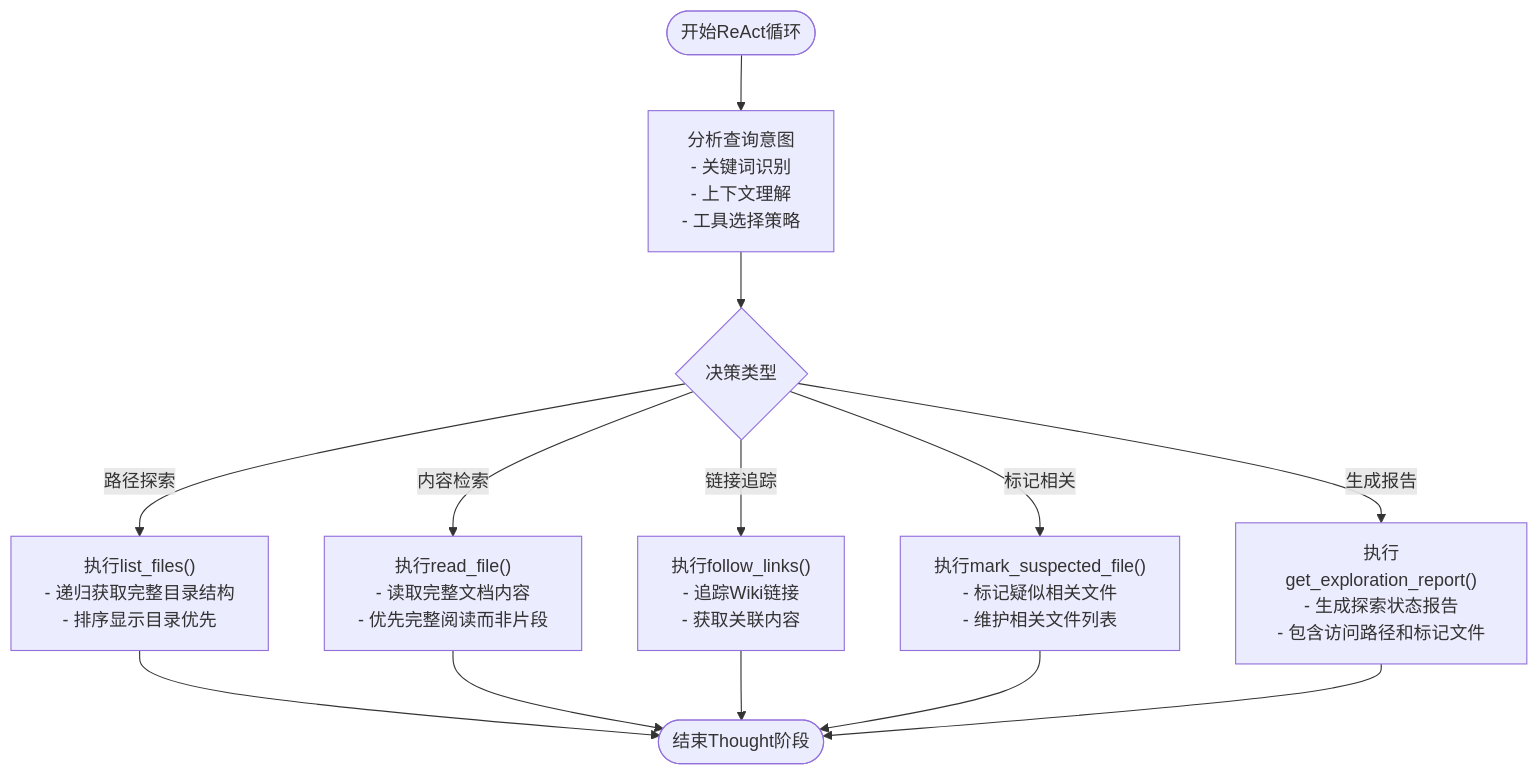
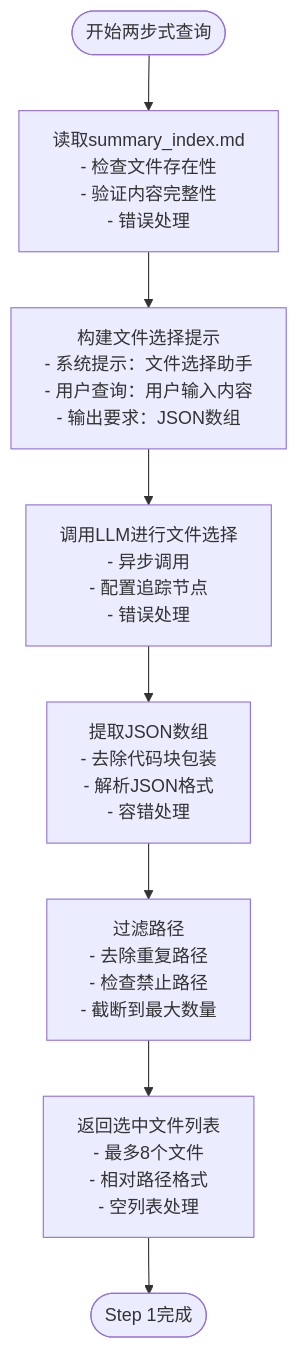
Before and after one commit to WangYiKai1017/zizuan: the third of 8 diagrams in .qoder/repowiki/zh/content/知识库系统/知识库查询机制.md, drawn with Mermaid. The commit also changed other lines of this file and 7 other files, not shown here.

````diff
--- a/.qoder/repowiki/zh/content/知识库系统/知识库查询机制.md
+++ b/.qoder/repowiki/zh/content/知识库系统/知识库查询机制.md
@@ -162,15 +173,10 @@
 ```mermaid
 flowchart TD
-Start([开始ReAct循环]) --> Analyze["分析查询意图<br/>- 关键词识别<br/>- 上下文理解<br/>- 工具选择策略"]
-Analyze --> Decision{"决策类型"}
-Decision --> |路径探索| PathExplore["执行list_files()<br/>- 递归获取完整目录结构<br/>- 排序显示目录优先"]
-Decision --> |内容检索| ContentRead["执行read_file()<br/>- 读取完整文档内容<br/>- 优先完整阅读而非片段"]
-Decision --> |链接追踪| LinkFollow["执行follow_links()<br/>- 追踪Wiki链接<br/>- 获取关联内容"]
-Decision --> |标记相关| MarkFile["执行mark_suspected_file()<br/>- 标记疑似相关文件<br/>- 维护相关文件列表"]
-Decision --> |生成报告| GenReport["执行get_exploration_report()<br/>- 生成探索状态报告<br/>- 包含访问路径和标记文件"]
-PathExplore --> End([结束Thought阶段])
-ContentRead --> End
-LinkFollow --> End
-MarkFile --> End
-GenReport --> End
+Start([开始两步式查询]) --> LoadIndex["读取summary_index.md<br/>- 检查文件存在性<br/>- 验证内容完整性<br/>- 错误处理"]
+LoadIndex --> BuildPrompt["构建文件选择提示<br/>- 系统提示：文件选择助手<br/>- 用户查询：用户输入内容<br/>- 输出要求：JSON数组"]
+BuildPrompt --> CallLLM["调用LLM进行文件选择<br/>- 异步调用<br/>- 配置追踪节点<br/>- 错误处理"]
+CallLLM --> ExtractJSON["提取JSON数组<br/>- 去除代码块包装<br/>- 解析JSON格式<br/>- 容错处理"]
+ExtractJSON --> FilterPaths["过滤路径<br/>- 去除重复路径<br/>- 检查禁止路径<br/>- 截断到最大数量"]
+FilterPaths --> ReturnFiles["返回选中文件列表<br/>- 最多8个文件<br/>- 相对路径格式<br/>- 空列表处理"]
+ReturnFiles --> End([Step 1完成])
 ```
````
